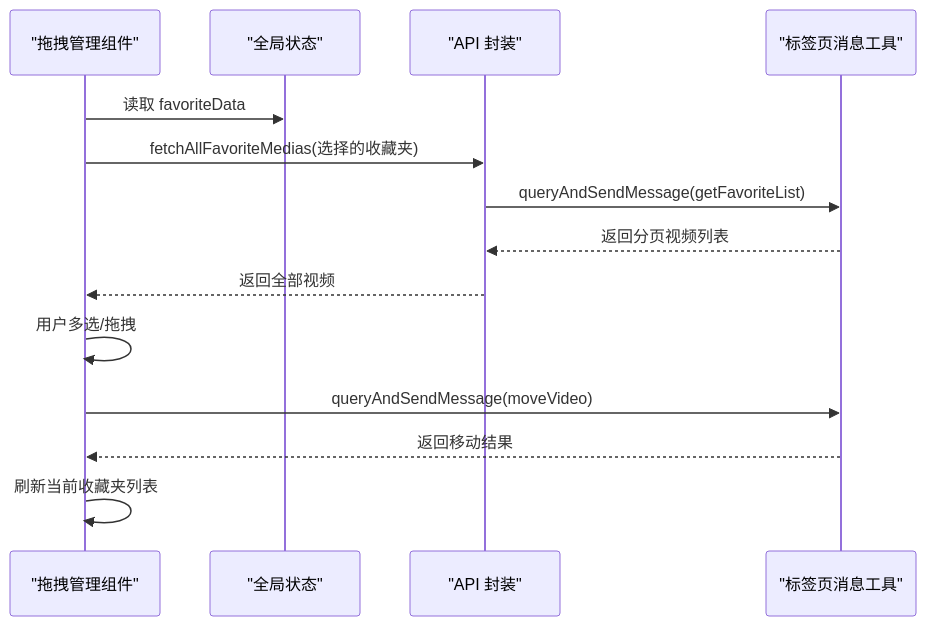
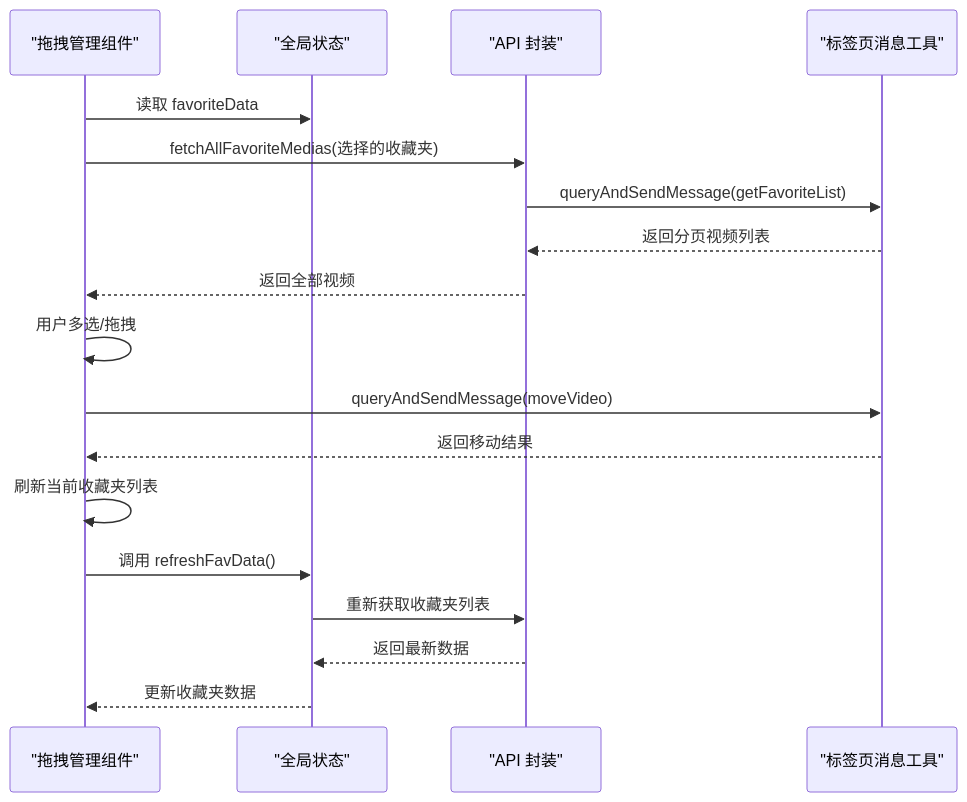
The seventh of 10 diagrams in .qoder/repowiki/zh/content/核心功能模块/收藏夹管理系统.md (RadiumAg/bilibili-favorites), drawn with Mermaid before and after one commit. The commit also changed other lines of this file and 1 other file, not shown here.

````diff
--- a/.qoder/repowiki/zh/content/核心功能模块/收藏夹管理系统.md
+++ b/.qoder/repowiki/zh/content/核心功能模块/收藏夹管理系统.md
@@ -287,16 +311,20 @@
 ```mermaid
 sequenceDiagram
 participant UI as "拖拽管理组件"
 participant Store as "全局状态"
 participant API as "API 封装"
 participant Tab as "标签页消息工具"
 UI->>Store : 读取 favoriteData
 UI->>API : fetchAllFavoriteMedias(选择的收藏夹)
 API->>Tab : queryAndSendMessage(getFavoriteList)
 Tab-->>API : 返回分页视频列表
 API-->>UI : 返回全部视频
 UI->>UI : 用户多选/拖拽
 UI->>Tab : queryAndSendMessage(moveVideo)
 Tab-->>UI : 返回移动结果
 UI->>UI : 刷新当前收藏夹列表
+UI->>Store : 调用 refreshFavData()
+Store->>API : 重新获取收藏夹列表
+API-->>Store : 返回最新数据
+Store-->>UI : 更新收藏夹数据
 ```
````
